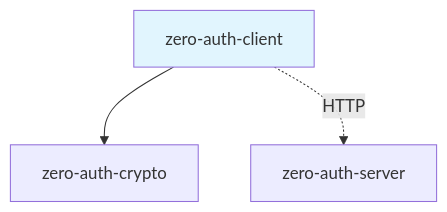
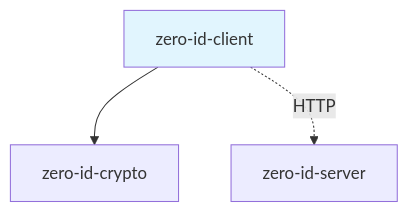
One commit to cypher-asi/zero-auth changed the first of 7 diagrams in docs/spec/v0.1/09-client.md. Above: the diagram before and after it, drawn with Mermaid. The commit also changed other lines of this file and 235 other files, not shown here.

Commit message:
refactor: rename zero-auth to zero-id across codebase

````diff
--- a/docs/spec/v0.1/09-client.md
+++ b/docs/spec/v0.1/09-client.md
@@ -26,11 +26,11 @@
 ```mermaid
 graph TD
-    CRYPTO[zero-auth-crypto]
-    CLIENT[zero-auth-client]
-    SERVER[zero-auth-server]
+    CRYPTO[zero-id-crypto]
+    CLIENT[zero-id-client]
+    SERVER[zero-id-server]
     
     CLIENT --> CRYPTO
     CLIENT -.->|HTTP| SERVER
     
     style CLIENT fill:#e1f5fe
 ```
````
